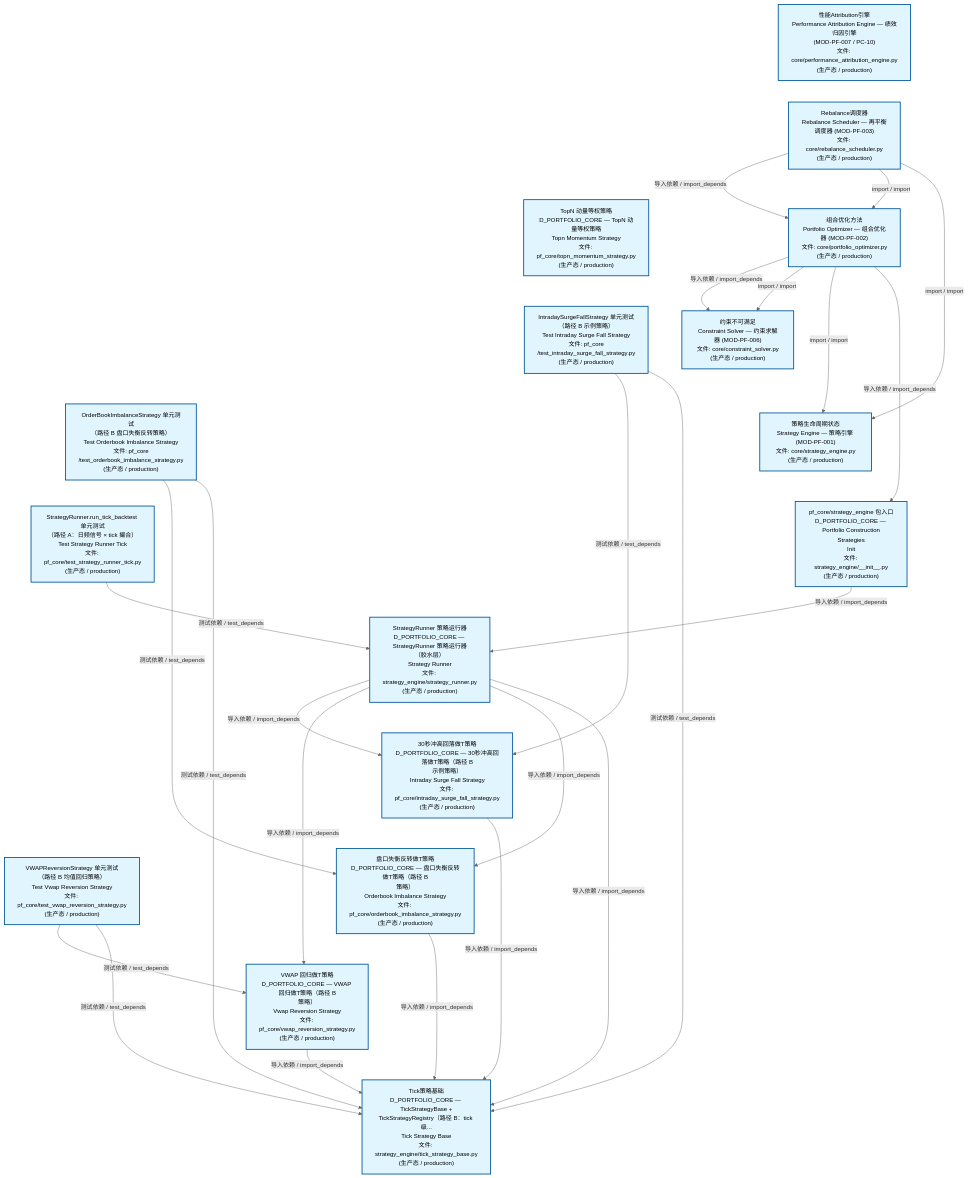
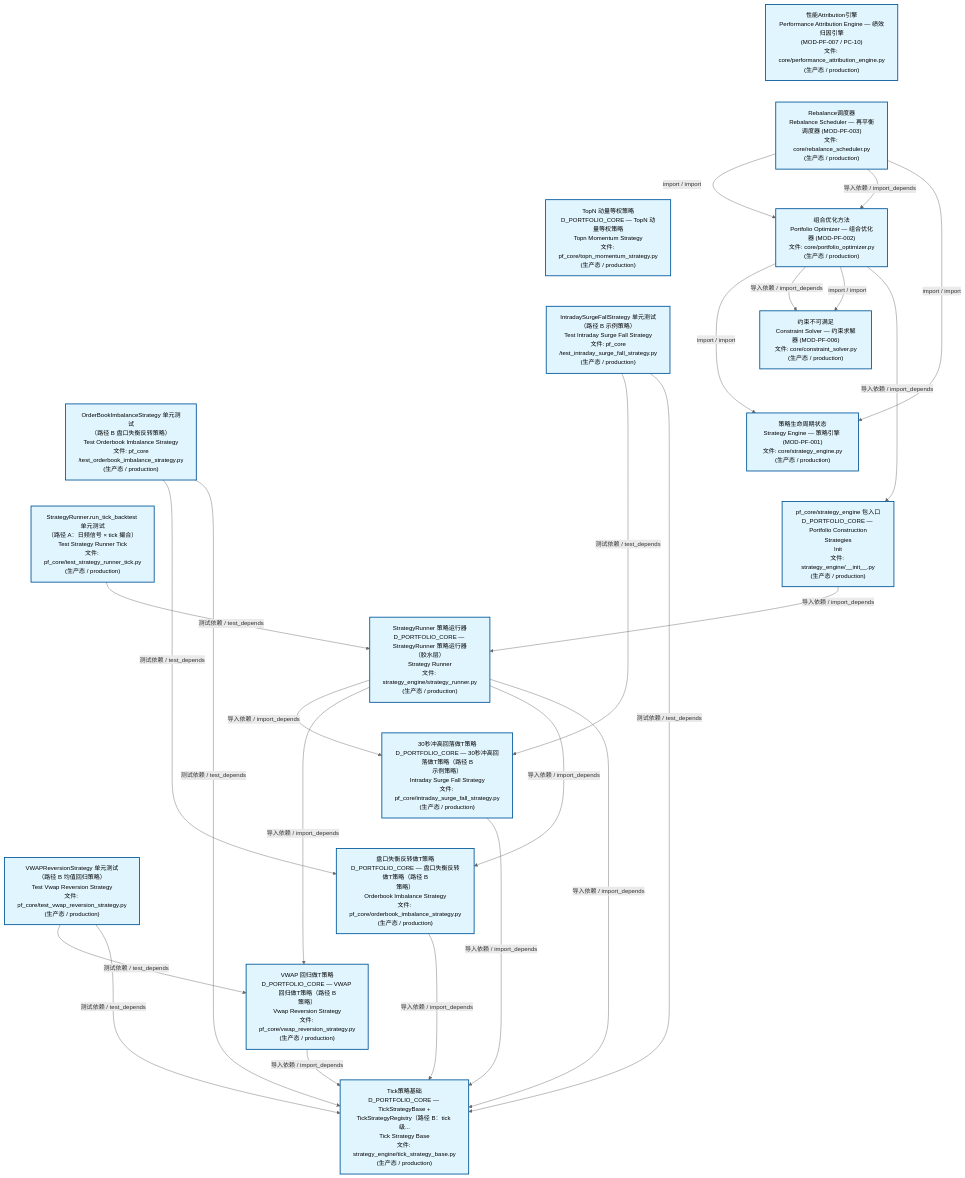
Before and after one commit to xuanFelixVan/ZephyrAlpha: the second of 3 diagrams in docs/02_enterprise_architecture/02_domain_architecture_docs/63_d_pf_core.md, drawn with Mermaid. The commit also changed other lines of this file and 42 other files, not shown here.

````diff
--- a/docs/02_enterprise_architecture/02_domain_architecture_docs/63_d_pf_core.md
+++ b/docs/02_enterprise_architecture/02_domain_architecture_docs/63_d_pf_core.md
@@ -141,57 +141,57 @@
 ```mermaid
 %%{init: {'theme': 'base', 'themeVariables': {'primaryColor': '#eaeaea', 'primaryTextColor': '#333333', 'primaryBorderColor': '#666666', 'lineColor': '#666666', 'secondaryColor': '#eaeaea', 'tertiaryColor': '#eaeaea', 'fontSize': '14px'}}}%%
 flowchart TD
     src_zephyr_pf_core_core_performance_attribution_engine_py["性能Attribution引擎<br/>Performance Attribution Engine — 绩效归因引擎<br/>(MOD-PF-007 / PC-10)<br/>文件: core/performance_attribution_engine.py<br/>(生产态 / production)"]
     src_zephyr_pf_core_core_rebalance_scheduler_py["Rebalance调度器<br/>Rebalance Scheduler — 再平衡调度器 (MOD-PF-003)<br/>文件: core/rebalance_scheduler.py<br/>(生产态 / production)"]
     src_zephyr_pf_core_topn_momentum_strategy_py["TopN 动量等权策略<br/>D_PORTFOLIO_CORE — TopN 动量等权策略<br/>Topn Momentum Strategy<br/>文件: pf_core/topn_momentum_strategy.py<br/>(生产态 / production)"]
     tests_pf_core_test_intraday_surge_fall_strategy_py["IntradaySurgeFallStrategy 单元测试<br/>（路径 B 示例策略）<br/>Test Intraday Surge Fall Strategy<br/>文件: pf_core<br/>/test_intraday_surge_fall_strategy.py<br/>(生产态 / production)"]
     tests_pf_core_test_orderbook_imbalance_strategy_py["OrderBookImbalanceStrategy 单元测试<br/>（路径 B 盘口失衡反转策略）<br/>Test Orderbook Imbalance Strategy<br/>文件: pf_core<br/>/test_orderbook_imbalance_strategy.py<br/>(生产态 / production)"]
     tests_pf_core_test_strategy_runner_tick_py["StrategyRunner.run_tick_backtest 单元测试<br/>（路径 A：日频信号 × tick 撮合）<br/>Test Strategy Runner Tick<br/>文件: pf_core/test_strategy_runner_tick.py<br/>(生产态 / production)"]
     tests_pf_core_test_vwap_reversion_strategy_py["VWAPReversionStrategy 单元测试<br/>（路径 B 均值回归策略）<br/>Test Vwap Reversion Strategy<br/>文件: pf_core/test_vwap_reversion_strategy.py<br/>(生产态 / production)"]
     src_zephyr_pf_core_core_performance_attribution_engine_py ~~~ src_zephyr_pf_core_core_rebalance_scheduler_py
     src_zephyr_pf_core_core_rebalance_scheduler_py ~~~ src_zephyr_pf_core_topn_momentum_strategy_py
     src_zephyr_pf_core_topn_momentum_strategy_py ~~~ tests_pf_core_test_intraday_surge_fall_strategy_py
     tests_pf_core_test_intraday_surge_fall_strategy_py ~~~ tests_pf_core_test_orderbook_imbalance_strategy_py
     tests_pf_core_test_orderbook_imbalance_strategy_py ~~~ tests_pf_core_test_strategy_runner_tick_py
     tests_pf_core_test_strategy_runner_tick_py ~~~ tests_pf_core_test_vwap_reversion_strategy_py
     src_zephyr_pf_core_core_portfolio_optimizer_py["组合优化方法<br/>Portfolio Optimizer — 组合优化器 (MOD-PF-002)<br/>文件: core/portfolio_optimizer.py<br/>(生产态 / production)"]
     src_zephyr_pf_core_core_constraint_solver_py["约束不可满足<br/>Constraint Solver — 约束求解器 (MOD-PF-006)<br/>文件: core/constraint_solver.py<br/>(生产态 / production)"]
     src_zephyr_pf_core_core_strategy_engine_py["策略生命周期状态<br/>Strategy Engine — 策略引擎 (MOD-PF-001)<br/>文件: core/strategy_engine.py<br/>(生产态 / production)"]
     src_zephyr_pf_core_strategy_engine_init_py["pf_core/strategy_engine 包入口<br/>D_PORTFOLIO_CORE — Portfolio Construction<br/>Strategies<br/>Init<br/>文件: strategy_engine/__init__.py<br/>(生产态 / production)"]
     src_zephyr_pf_core_core_constraint_solver_py ~~~ src_zephyr_pf_core_core_strategy_engine_py
     src_zephyr_pf_core_core_strategy_engine_py ~~~ src_zephyr_pf_core_strategy_engine_init_py
     src_zephyr_pf_core_strategy_engine_strategy_runner_py["StrategyRunner 策略运行器<br/>D_PORTFOLIO_CORE — StrategyRunner 策略运行器<br/>（胶水层）<br/>Strategy Runner<br/>文件: strategy_engine/strategy_runner.py<br/>(生产态 / production)"]
     src_zephyr_pf_core_intraday_surge_fall_strategy_py["30秒冲高回落做T策略<br/>D_PORTFOLIO_CORE — 30秒冲高回落做T策略（路径 B<br/>示例策略）<br/>Intraday Surge Fall Strategy<br/>文件: pf_core/intraday_surge_fall_strategy.py<br/>(生产态 / production)"]
     src_zephyr_pf_core_orderbook_imbalance_strategy_py["盘口失衡反转做T策略<br/>D_PORTFOLIO_CORE — 盘口失衡反转做T策略（路径 B<br/>策略）<br/>Orderbook Imbalance Strategy<br/>文件: pf_core/orderbook_imbalance_strategy.py<br/>(生产态 / production)"]
     src_zephyr_pf_core_vwap_reversion_strategy_py["VWAP 回归做T策略<br/>D_PORTFOLIO_CORE — VWAP 回归做T策略（路径 B<br/>策略）<br/>Vwap Reversion Strategy<br/>文件: pf_core/vwap_reversion_strategy.py<br/>(生产态 / production)"]
     src_zephyr_pf_core_intraday_surge_fall_strategy_py ~~~ src_zephyr_pf_core_orderbook_imbalance_strategy_py
     src_zephyr_pf_core_orderbook_imbalance_strategy_py ~~~ src_zephyr_pf_core_vwap_reversion_strategy_py
     src_zephyr_pf_core_strategy_engine_tick_strategy_base_py["Tick策略基础<br/>D_PORTFOLIO_CORE — TickStrategyBase +<br/>TickStrategyRegistry（路径 B：tick 级...<br/>Tick Strategy Base<br/>文件: strategy_engine/tick_strategy_base.py<br/>(生产态 / production)"]
     src_zephyr_pf_core_intraday_surge_fall_strategy_py -->|导入依赖 / import_depends| src_zephyr_pf_core_strategy_engine_tick_strategy_base_py
     src_zephyr_pf_core_vwap_reversion_strategy_py -->|导入依赖 / import_depends| src_zephyr_pf_core_strategy_engine_tick_strategy_base_py
     src_zephyr_pf_core_orderbook_imbalance_strategy_py -->|导入依赖 / import_depends| src_zephyr_pf_core_strategy_engine_tick_strategy_base_py
+    src_zephyr_pf_core_core_portfolio_optimizer_py -->|import / import| src_zephyr_pf_core_core_strategy_engine_py
     src_zephyr_pf_core_core_portfolio_optimizer_py -->|导入依赖 / import_depends| src_zephyr_pf_core_core_constraint_solver_py
     src_zephyr_pf_core_core_portfolio_optimizer_py -->|import / import| src_zephyr_pf_core_core_constraint_solver_py
-    src_zephyr_pf_core_core_portfolio_optimizer_py -->|import / import| src_zephyr_pf_core_core_strategy_engine_py
     src_zephyr_pf_core_core_portfolio_optimizer_py -->|导入依赖 / import_depends| src_zephyr_pf_core_strategy_engine_init_py
+    src_zephyr_pf_core_core_rebalance_scheduler_py -->|import / import| src_zephyr_pf_core_core_portfolio_optimizer_py
     src_zephyr_pf_core_core_rebalance_scheduler_py -->|导入依赖 / import_depends| src_zephyr_pf_core_core_portfolio_optimizer_py
-    src_zephyr_pf_core_core_rebalance_scheduler_py -->|import / import| src_zephyr_pf_core_core_portfolio_optimizer_py
     src_zephyr_pf_core_core_rebalance_scheduler_py -->|import / import| src_zephyr_pf_core_core_strategy_engine_py
     src_zephyr_pf_core_strategy_engine_init_py -->|导入依赖 / import_depends| src_zephyr_pf_core_strategy_engine_strategy_runner_py
     src_zephyr_pf_core_strategy_engine_strategy_runner_py -->|导入依赖 / import_depends| src_zephyr_pf_core_intraday_surge_fall_strategy_py
     src_zephyr_pf_core_strategy_engine_strategy_runner_py -->|导入依赖 / import_depends| src_zephyr_pf_core_vwap_reversion_strategy_py
     src_zephyr_pf_core_strategy_engine_strategy_runner_py -->|导入依赖 / import_depends| src_zephyr_pf_core_orderbook_imbalance_strategy_py
     src_zephyr_pf_core_strategy_engine_strategy_runner_py -->|导入依赖 / import_depends| src_zephyr_pf_core_strategy_engine_tick_strategy_base_py
+    tests_pf_core_test_orderbook_imbalance_strategy_py -->|测试依赖 / test_depends| src_zephyr_pf_core_orderbook_imbalance_strategy_py
+    tests_pf_core_test_orderbook_imbalance_strategy_py -->|测试依赖 / test_depends| src_zephyr_pf_core_strategy_engine_tick_strategy_base_py
     tests_pf_core_test_intraday_surge_fall_strategy_py -->|测试依赖 / test_depends| src_zephyr_pf_core_intraday_surge_fall_strategy_py
     tests_pf_core_test_intraday_surge_fall_strategy_py -->|测试依赖 / test_depends| src_zephyr_pf_core_strategy_engine_tick_strategy_base_py
-    tests_pf_core_test_orderbook_imbalance_strategy_py -->|测试依赖 / test_depends| src_zephyr_pf_core_orderbook_imbalance_strategy_py
-    tests_pf_core_test_orderbook_imbalance_strategy_py -->|测试依赖 / test_depends| src_zephyr_pf_core_strategy_engine_tick_strategy_base_py
     tests_pf_core_test_vwap_reversion_strategy_py -->|测试依赖 / test_depends| src_zephyr_pf_core_vwap_reversion_strategy_py
     tests_pf_core_test_vwap_reversion_strategy_py -->|测试依赖 / test_depends| src_zephyr_pf_core_strategy_engine_tick_strategy_base_py
     tests_pf_core_test_strategy_runner_tick_py -->|测试依赖 / test_depends| src_zephyr_pf_core_strategy_engine_strategy_runner_py
     classDef production fill:#e1f5fe,stroke:#01579b,stroke-width:2px,color:#000
     classDef design fill:#fff3e0,stroke:#e65100,stroke-width:2px,color:#000,stroke-dasharray: 5 5
     classDef external_prod fill:#e8f4fd,stroke:#0277bd,stroke-width:1px,color:#000
     classDef external_design fill:#fff8e7,stroke:#ef6c00,stroke-width:1px,color:#000,stroke-dasharray: 5 5
     class src_zephyr_pf_core_core_constraint_solver_py,src_zephyr_pf_core_core_performance_attribution_engine_py,src_zephyr_pf_core_core_portfolio_optimizer_py,src_zephyr_pf_core_core_rebalance_scheduler_py,src_zephyr_pf_core_core_strategy_engine_py,src_zephyr_pf_core_intraday_surge_fall_strategy_py,src_zephyr_pf_core_orderbook_imbalance_strategy_py,src_zephyr_pf_core_strategy_engine_init_py,src_zephyr_pf_core_strategy_engine_strategy_runner_py,src_zephyr_pf_core_strategy_engine_tick_strategy_base_py,src_zephyr_pf_core_topn_momentum_strategy_py,src_zephyr_pf_core_vwap_reversion_strategy_py,tests_pf_core_test_intraday_surge_fall_strategy_py,tests_pf_core_test_orderbook_imbalance_strategy_py,tests_pf_core_test_strategy_runner_tick_py,tests_pf_core_test_vwap_reversion_strategy_py production
 ```
````
